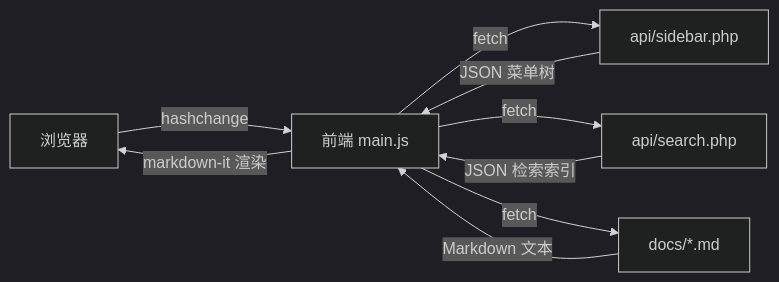
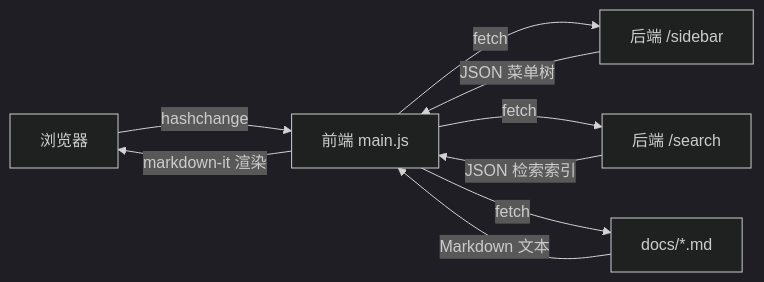
One commit to BuTingBa/FastMD changed the diagram in docs/开发说明[dev][6].md. Above: the diagram before and after it, drawn with Mermaid (dark theme). The commit also changed other lines of this file and 2 other files, not shown here.

Commit message:
v1.6.1 文档清理：部署指南与开发说明中旧接口（sidebar.php/search.php）遗留引用更新

````diff
--- a/docs/开发说明[dev][6].md
+++ b/docs/开发说明[dev][6].md
@@ -7,11 +7,11 @@
 ```mermaid
 flowchart LR
     U[浏览器] -->|hashchange| F[前端 main.js]
-    F -->|fetch| S1[api/sidebar.php]
-    F -->|fetch| S2[api/search.php]
+    F -->|fetch| S1[后端 /sidebar]
+    F -->|fetch| S2[后端 /search]
     F -->|fetch| D[docs/*.md]
     S1 -->|JSON 菜单树| F
     S2 -->|JSON 检索索引| F
     D -->|Markdown 文本| F
     F -->|markdown-it 渲染| U
 ```
````
